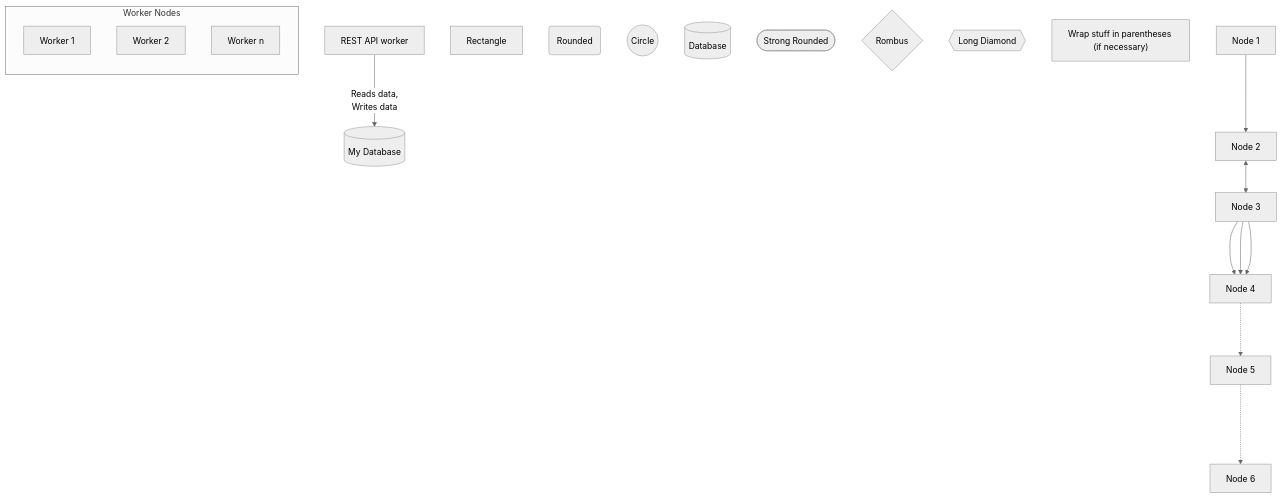
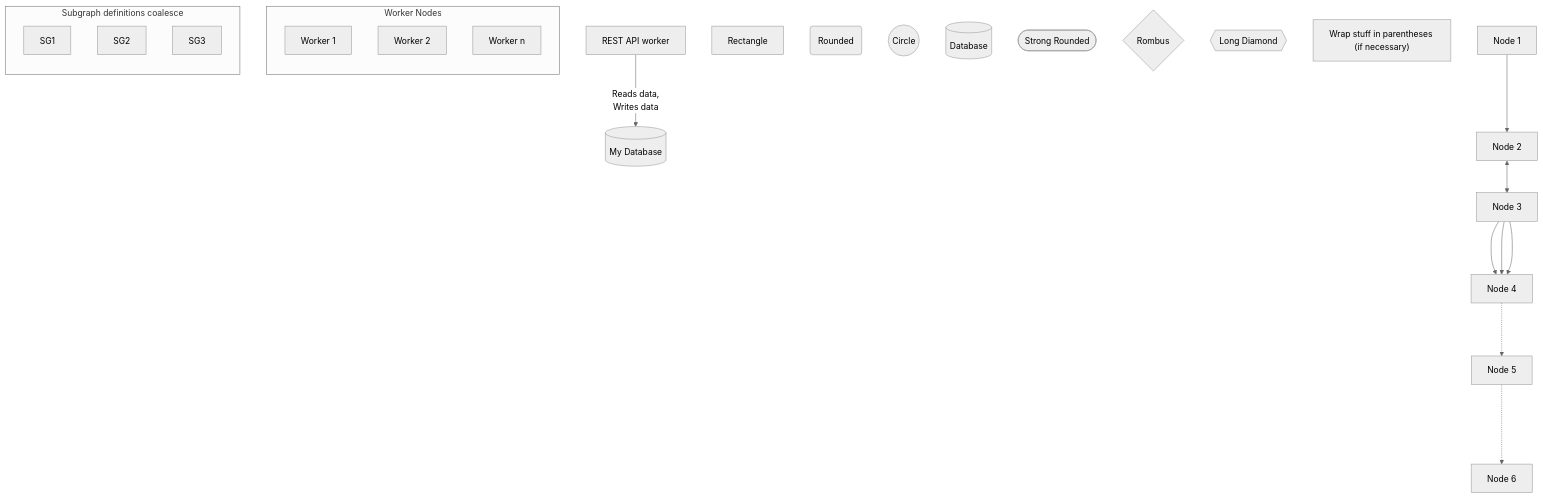
The first of 2 diagrams in mermaid_proto.md (langenhagen/protofiles), drawn with Mermaid (neutral theme) before and after one commit.

Commit message:
Extend mermaid_proto.md

````diff
--- a/mermaid_proto.md
+++ b/mermaid_proto.md
@@ -6,47 +6,57 @@
 ```mermaid
 %% Ima comment
 
 %% top-down
 graph TB
 %% TB - top bottom
 %% BT - bottom top
 %% RL - right left
 %% LR - left right
 %% TD - same as TB
 
 API[REST API worker]
 DB[(My Database)]
 API -->|Reads data,\nWrites data| DB
 
 A1[Rectangle]
 A2(Rounded)
 A3((Circle))
 A4[(Database)]
 A5([Strong Rounded])
 A6{Rombus}
 A7{{Long Diamond}}
 
 B1["Wrap stuff in parentheses (if necessary)"]
 
 subgraph W[Worker Nodes]
     direction TB  %% apparently, TD does not work in directions
     W1[Worker 1]
     W2[Worker 2]
     Wn[Worker n]
 end
 
 N1[Node 1]:::This_is_a_description_dont_know_what_its_good_for
 N2[Node 2]
 N3[Node 3]
 N4[Node 4]
 N5[Node 5]
 N6[Node 6]
 
 N1 --> N2
 N2 <--> N3
 N3 ---> N4
 N3 ---> N4
 N3 ---> N4
 N4 -..-> N5
 N5 ...-> N6
+
+subgraph SG[Subgraph definitions coalesce]
+    direction TB  %% apparently, TD does not work in directions
+    SG1
+    SG2
+end
+
+subgraph SG
+    SG3
+end
 ```
````
